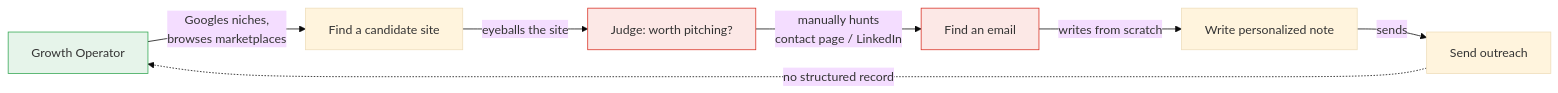
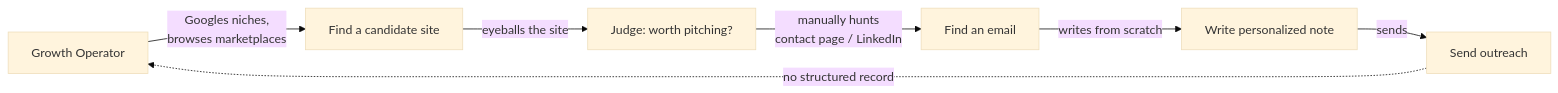
Before and after one commit to omars-lab/omars-lab.github.io: the fourth of 13 diagrams in bytesofpurpose-blog/designs/2026-06-21-ecommerce-site-scanner-and-lead-generation-engine.mdx, drawn with Mermaid (base theme). The commit also changed other lines of this file and 6 other files, not shown here.

First line of the commit message:
feat(designs): on-brand mermaid theme + dark-mode-adaptive diagrams

````diff
--- a/bytesofpurpose-blog/designs/2026-06-21-ecommerce-site-scanner-and-lead-generation-engine.mdx
+++ b/bytesofpurpose-blog/designs/2026-06-21-ecommerce-site-scanner-and-lead-generation-engine.mdx
@@ -335,13 +324,10 @@
 ```mermaid
 graph LR
     OP[Growth Operator] -->|Googles niches,<br/>browses marketplaces| FIND[Find a candidate site]
     FIND -->|eyeballs the site| JUDGE[Judge: worth pitching?]
     JUDGE -->|manually hunts<br/>contact page / LinkedIn| CONTACT[Find an email]
     CONTACT -->|writes from scratch| WRITE[Write personalized note]
     WRITE -->|sends| SEND[Send outreach]
     SEND -.->|no structured record| OP
 
-    style OP fill:#e6f4ea,stroke:#34a853
-    style JUDGE fill:#fce8e6,stroke:#d93025
-    style CONTACT fill:#fce8e6,stroke:#d93025
 ```
````
